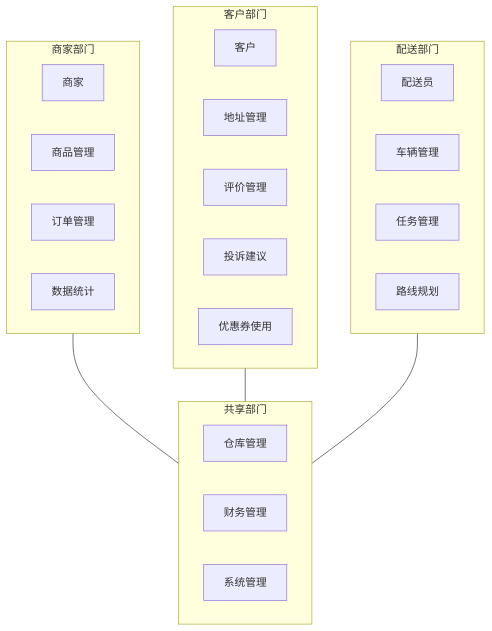
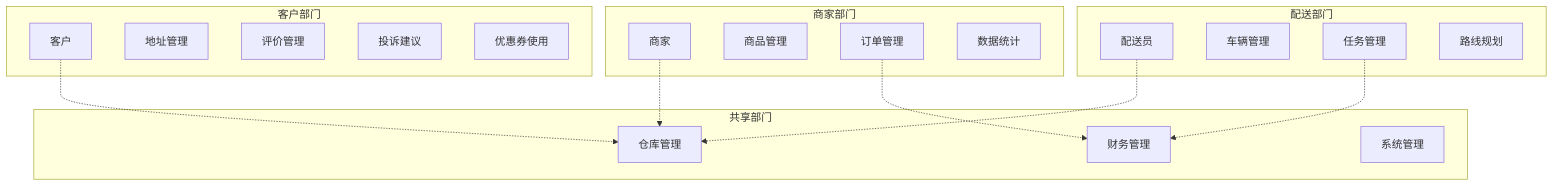
One commit to cmzbutqq/deliver-track changed the first of 21 diagrams in docs/《数据库系统概论》课程设计报告.md. Above: the diagram before and after it, drawn with Mermaid. The commit also changed other lines of this file, not shown here.

Commit message:
插入图片

````diff
--- a/docs/《数据库系统概论》课程设计报告.md
+++ b/docs/《数据库系统概论》课程设计报告.md
@@ -174,34 +174,36 @@
 ```mermaid
 graph TB
-    subgraph 商家部门[商家部门]
+    subgraph 商家部门["商家部门"]
         Merchant[商家]
         Product[商品管理]
         Order[订单管理]
         Stats[数据统计]
     end
-    
-    subgraph 客户部门[客户部门]
+
+    subgraph 客户部门["客户部门"]
         Customer[客户]
         Address[地址管理]
         Review[评价管理]
         Complaint[投诉建议]
         Coupon[优惠券使用]
     end
-    
-    subgraph 配送部门[配送部门]
+
+    subgraph 配送部门["配送部门"]
         Driver[配送员]
         Vehicle[车辆管理]
         Task[任务管理]
         Route[路线规划]
     end
-    
-    subgraph 共享部门[共享部门]
+
+    subgraph 共享部门["共享部门"]
         Warehouse[仓库管理]
         Finance[财务管理]
         System[系统管理]
     end
-    
-    商家部门 --- 共享部门
-    客户部门 --- 共享部门
-    配送部门 --- 共享部门
+
+    Merchant -.-> Warehouse
+    Customer -.-> Warehouse
+    Driver -.-> Warehouse
+    Order -.-> Finance
+    Task -.-> Finance
 ```
````
